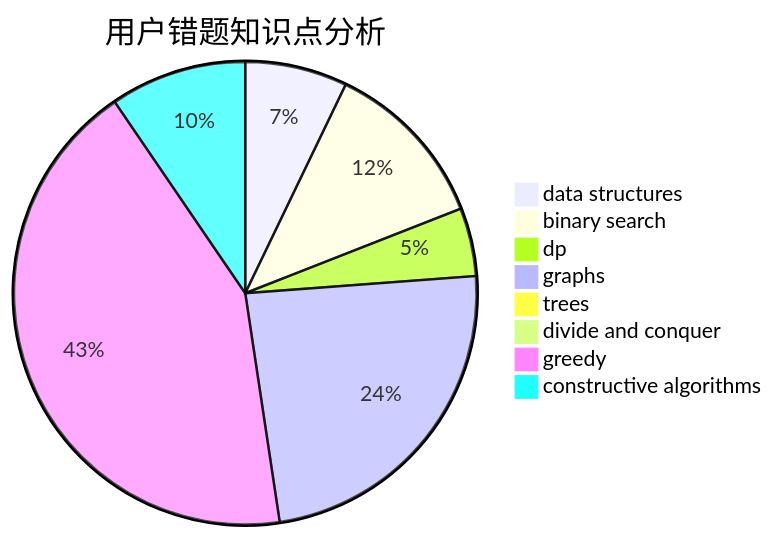
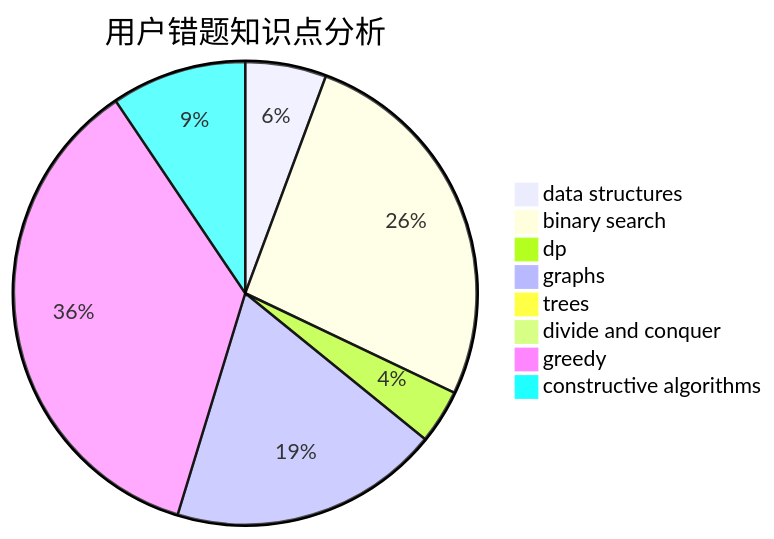
Before and after one commit to sherpahu/cfrs.github.io: the third of 3 diagrams in docs/user/u905.md, drawn with Mermaid. The commit also changed other lines of this file and 2770 other files, not shown here.

````diff
--- a/docs/user/u905.md
+++ b/docs/user/u905.md
@@ -36,11 +36,11 @@
 ```mermaid
 pie title 用户错题知识点分析
     "data structures" :  3
-    "binary search" :  5
+    "binary search" :  14
     "dp" :  2
     "graphs" :  10
     "trees" :  0
     "divide and conquer" :  0
-    "greedy" :  18
-    "constructive algorithms" :  4
+    "greedy" :  19
+    "constructive algorithms" :  5
 ```
````
